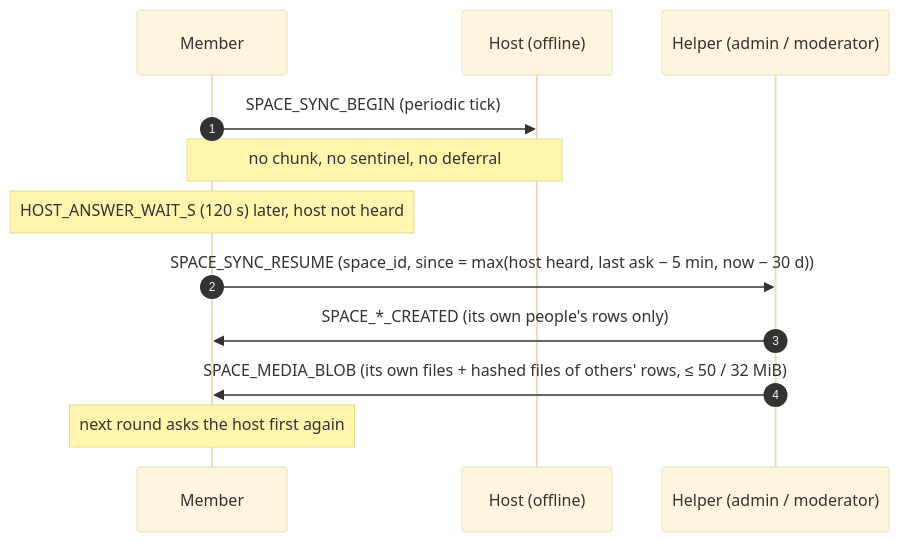
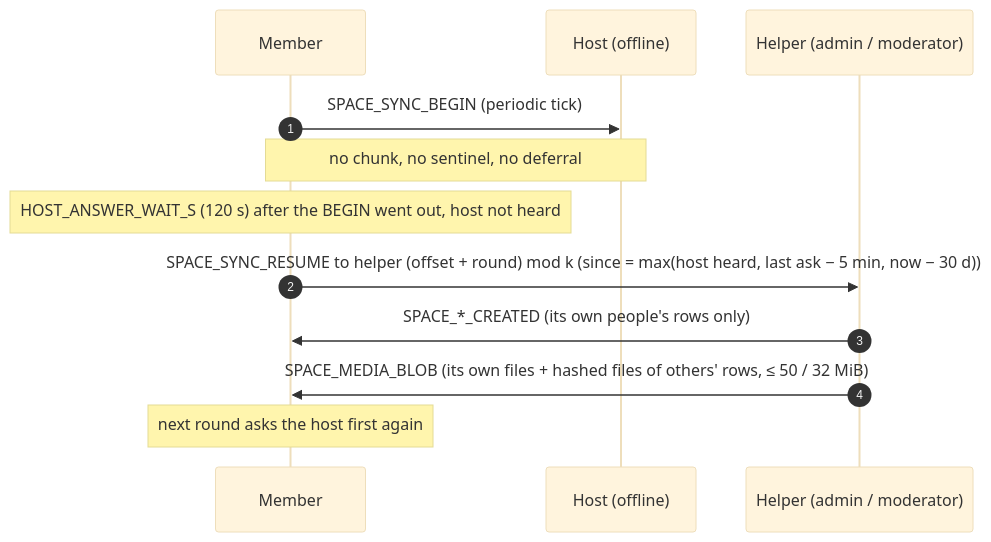
Before and after one commit to social-home-io/socialhome: the fourth of 4 diagrams in docs/protocol/sync.md, drawn with Mermaid (base theme). The commit also changed other lines of this file and 4 other files, not shown here.

First line of the commit message:
Members spread their catch-up over the admins and moderators, and only after the host truly did not answer

````diff
--- a/docs/protocol/sync.md
+++ b/docs/protocol/sync.md
@@ -213,14 +219,14 @@
 ```mermaid
 sequenceDiagram
     autonumber
     participant M as Member
     participant H as Host (offline)
     participant A as Helper (admin / moderator)
     M->>H: SPACE_SYNC_BEGIN (periodic tick)
     Note over M,H: no chunk, no sentinel, no deferral
-    Note over M: HOST_ANSWER_WAIT_S (120 s) later, host not heard
-    M->>A: SPACE_SYNC_RESUME (space_id, since = max(host heard, last ask − 5 min, now − 30 d))
+    Note over M: HOST_ANSWER_WAIT_S (120 s) after the BEGIN went out, host not heard
+    M->>A: SPACE_SYNC_RESUME to helper (offset + round) mod k (since = max(host heard, last ask − 5 min, now − 30 d))
     A->>M: SPACE_*_CREATED (its own people's rows only)
     A->>M: SPACE_MEDIA_BLOB (its own files + hashed files of others' rows, ≤ 50 / 32 MiB)
     Note over M: next round asks the host first again
 ```
````
